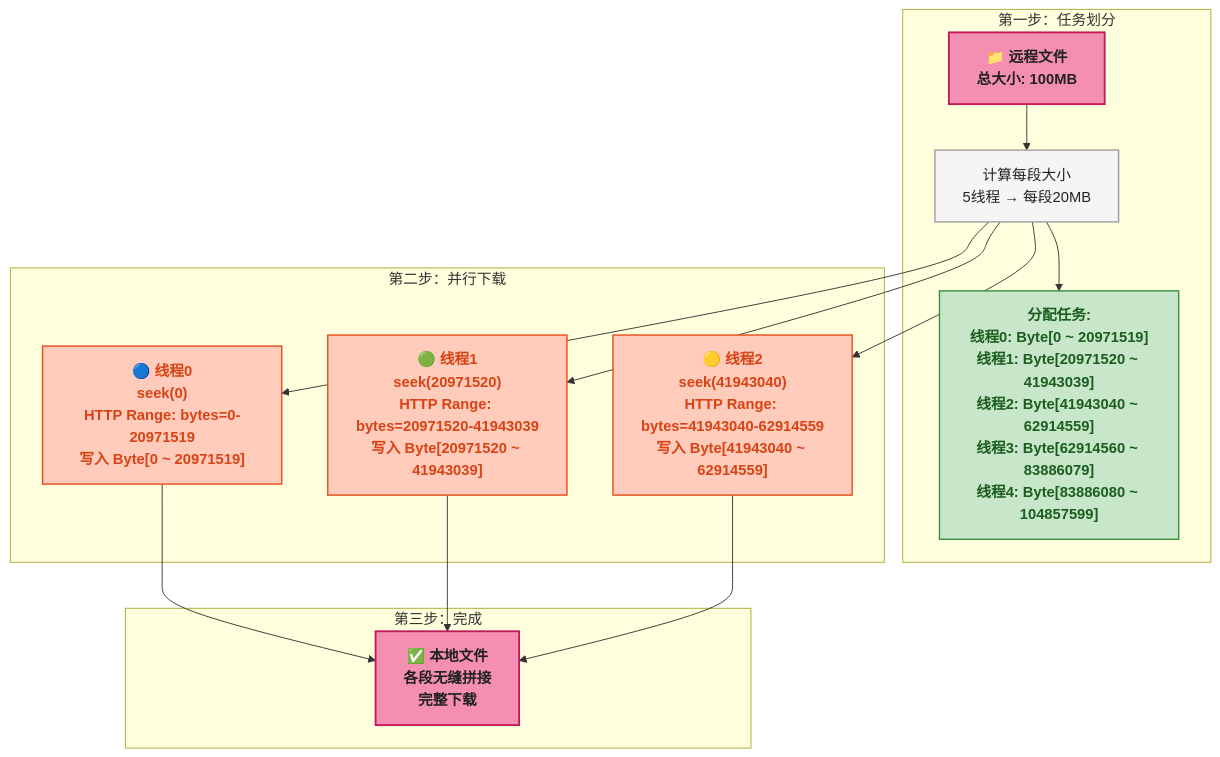
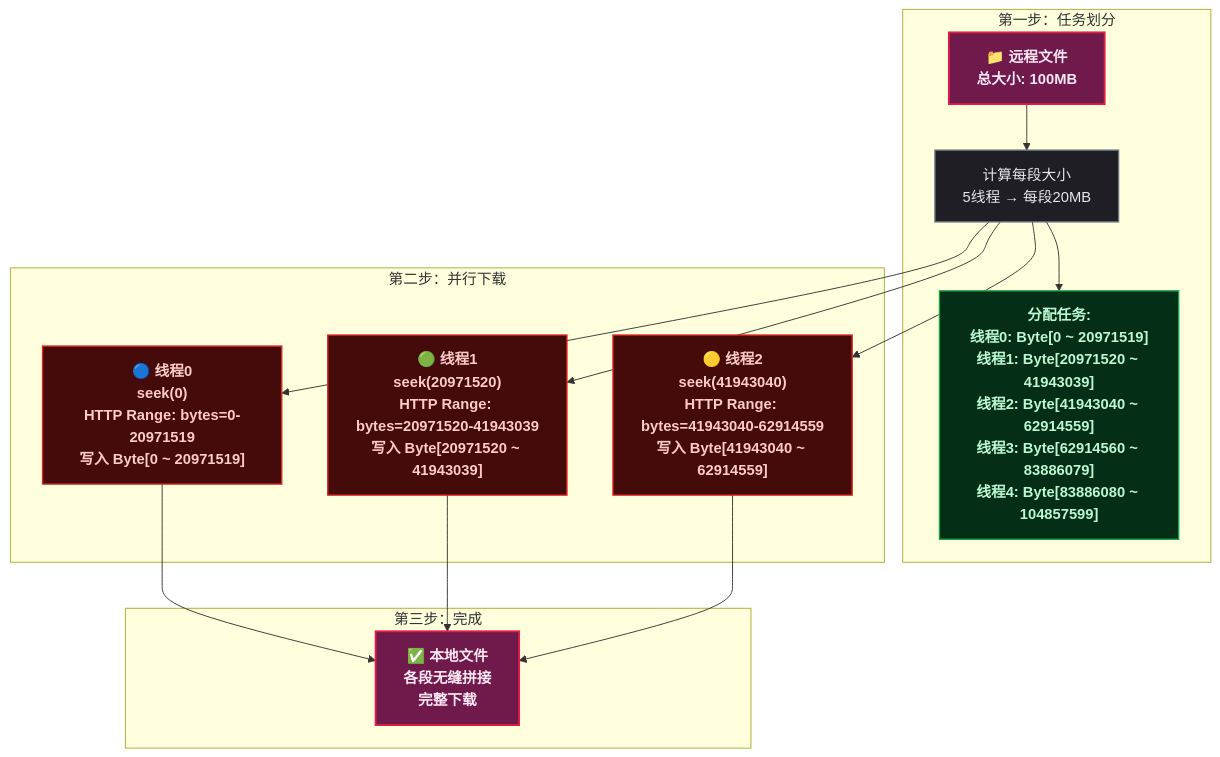
Before and after one commit to yaocat55/yaocat55.github.io: the fourth of 5 diagrams in content/posts/io/RandomAccessFile.md, drawn with Mermaid. The commit also changed other lines of this file and 155 other files, not shown here.

````diff
--- a/content/posts/io/RandomAccessFile.md
+++ b/content/posts/io/RandomAccessFile.md
@@ -347,46 +347,46 @@
 ```mermaid
 flowchart TD
     %% ==========================================
     %% 分段下载架构
     %% ==========================================
-    classDef startEnd fill:#F48FB1,stroke:#C2185B,stroke-width:2px,color:#212121,font-weight:bold;
-    classDef process fill:#F5F5F5,stroke:#9E9E9E,stroke-width:1.5px,color:#212121;
-    classDef data fill:#C8E6C9,stroke:#388E3C,stroke-width:1.5px,color:#1B5E20,font-weight:bold;
-    classDef highlight fill:#FFCCBC,stroke:#E64A19,stroke-width:1.5px,color:#D84315,font-weight:bold;
+classDef startEnd fill:#701a4c,stroke:#e11d48,stroke-width:2px,color:#fce7f3,font-weight:bold;
+classDef process fill:#1e1e24,stroke:#6b7280,stroke-width:1.5px,color:#e5e7eb;
+classDef data fill:#052e16,stroke:#16a34a,stroke-width:1.5px,color:#bbf7d0,font-weight:bold;
+classDef highlight fill:#450a0a,stroke:#dc2626,stroke-width:1.5px,color:#fecaca,font-weight:bold;
 
     %% ==========================================
     %% 任务划分
     %% ==========================================
     subgraph DIVIDE ["第一步：任务划分"]
         FILE["📁 远程文件\n总大小: 100MB"] --> CALC["计算每段大小\n5线程 → 每段20MB"]
         CALC --> TASKS["分配任务:\n线程0: Byte[0 ~ 20971519]\n线程1: Byte[20971520 ~ 41943039]\n线程2: Byte[41943040 ~ 62914559]\n线程3: Byte[62914560 ~ 83886079]\n线程4: Byte[83886080 ~ 104857599]"]
     end
 
     %% ==========================================
     %% 并行下载
     %% ==========================================
     subgraph DOWNLOAD ["第二步：并行下载"]
         T0["🔵 线程0\nseek(0)\nHTTP Range: bytes=0-20971519\n写入 Byte[0 ~ 20971519]"]
         T1["🟢 线程1\nseek(20971520)\nHTTP Range: bytes=20971520-41943039\n写入 Byte[20971520 ~ 41943039]"]
         T2["🟡 线程2\nseek(41943040)\nHTTP Range: bytes=41943040-62914559\n写入 Byte[41943040 ~ 62914559]"]
     end
 
     %% ==========================================
     %% 合并结果
     %% ==========================================
     subgraph RESULT ["第三步：完成"]
         MERGE["✅ 本地文件\n各段无缝拼接\n完整下载"]
     end
 
     CALC --> T0
     CALC --> T1
     CALC --> T2
     T0 --> MERGE
     T1 --> MERGE
     T2 --> MERGE
 
     class FILE,MERGE startEnd;
     class CALC process;
     class TASKS data;
     class T0,T1,T2 highlight;
 ```
````
